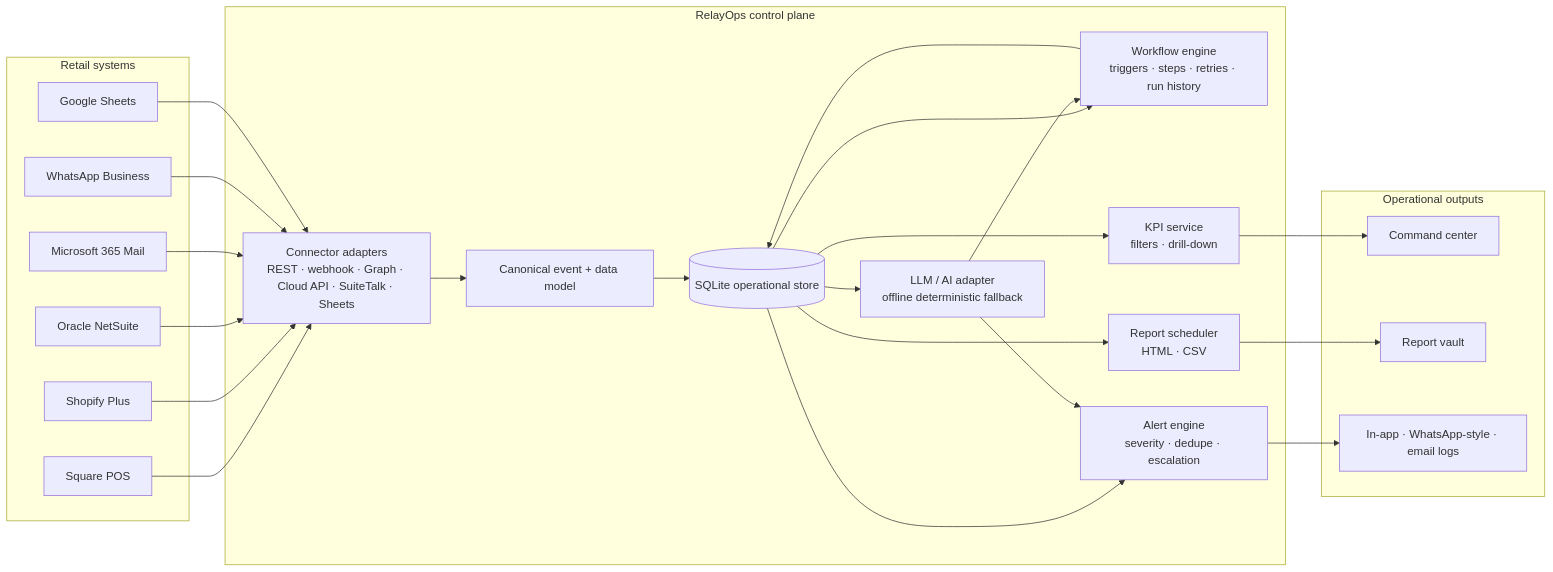
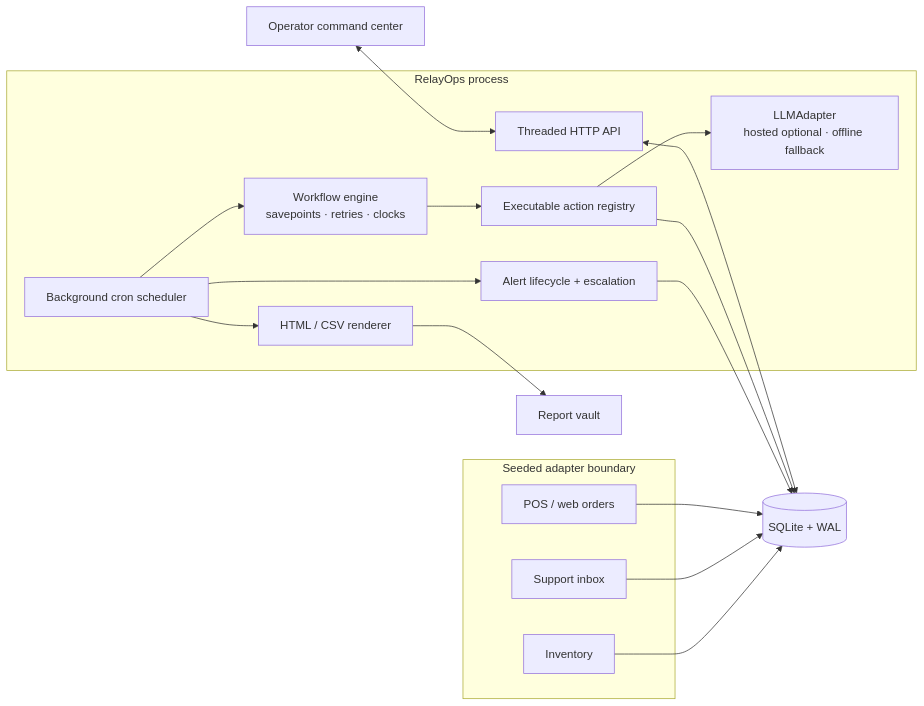
One commit to Mohamed3042/ai-automation-command-center changed the diagram in README.md. Above: the diagram before and after it, drawn with Mermaid. The commit also changed other lines of this file and 37 other files, not shown here.

Commit message:
feat: release truthful RelayOps v1.1.0 automation core

````diff
--- a/README.md
+++ b/README.md
@@ -56,37 +61,27 @@
 ```mermaid
 flowchart LR
-    subgraph Systems[Retail systems]
-        POS[Square POS]
-        WEB[Shopify Plus]
-        ERP[Oracle NetSuite]
-        MAIL[Microsoft 365 Mail]
-        MSG[WhatsApp Business]
-        SHEET[Google Sheets]
+    subgraph Inputs[Seeded adapter boundary]
+      POS[POS / web orders]
+      MAIL[Support inbox]
+      STOCK[Inventory]
     end
+    subgraph Runtime[RelayOps process]
+      HTTP[Threaded HTTP API]
+      SCHED[Background cron scheduler]
+      ENGINE[Workflow engine\nsavepoints · retries · clocks]
+      ACTIONS[Executable action registry]
+      LLM[LLMAdapter\nhosted optional · offline fallback]
+      ALERTS[Alert lifecycle + escalation]
+      REPORTS[HTML / CSV renderer]
+    end
+    DB[(SQLite + WAL)]
+    UI[Operator command center]
+    FILES[Report vault]
 
-    subgraph RelayOps[RelayOps control plane]
-        ADAPTERS[Connector adapters\nREST · webhook · Graph · Cloud API · SuiteTalk · Sheets]
-        EVENTS[Canonical event + data model]
-        DB[(SQLite operational store)]
-        WF[Workflow engine\ntriggers · steps · retries · run history]
-        AI[LLM / AI adapter\noffline deterministic fallback]
-        KPI[KPI service\nfilters · drill-down]
-        REPORTS[Report scheduler\nHTML · CSV]
-        ALERTS[Alert engine\nseverity · dedupe · escalation]
-    end
-
-    subgraph Outputs[Operational outputs]
-        UI[Command center]
-        FILES[Report vault]
-        DELIVERY[In-app · WhatsApp-style · email logs]
-    end
-
-    POS & WEB & ERP & MAIL & MSG & SHEET --> ADAPTERS
-    ADAPTERS --> EVENTS --> DB
-    DB --> WF & AI & KPI & REPORTS & ALERTS
-    AI --> WF & ALERTS
-    WF --> DB
-    KPI --> UI
-    REPORTS --> FILES
-    ALERTS --> DELIVERY
+    POS & MAIL & STOCK --> DB
+    UI <--> HTTP <--> DB
+    SCHED --> ENGINE --> ACTIONS --> DB
+    ACTIONS --> LLM
+    SCHED --> ALERTS --> DB
+    SCHED --> REPORTS --> FILES
 ```
````
